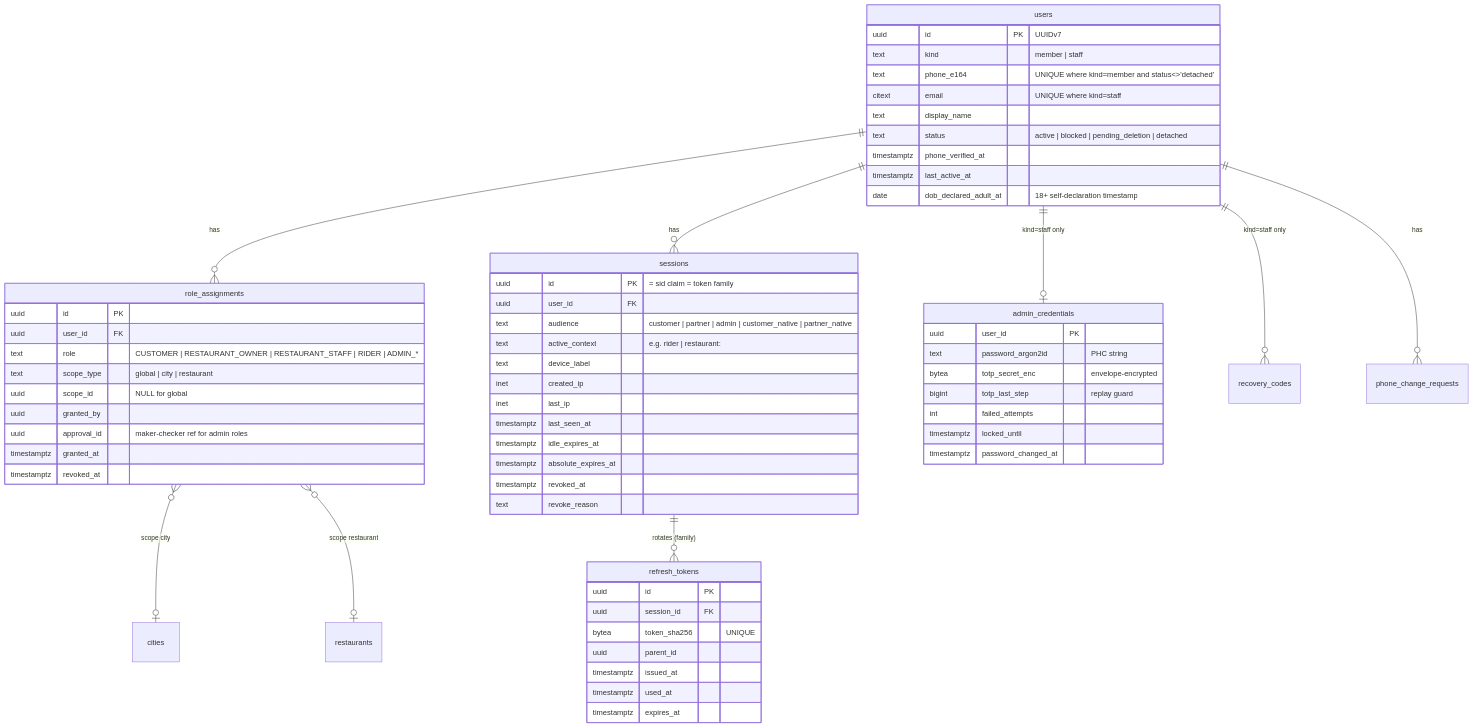
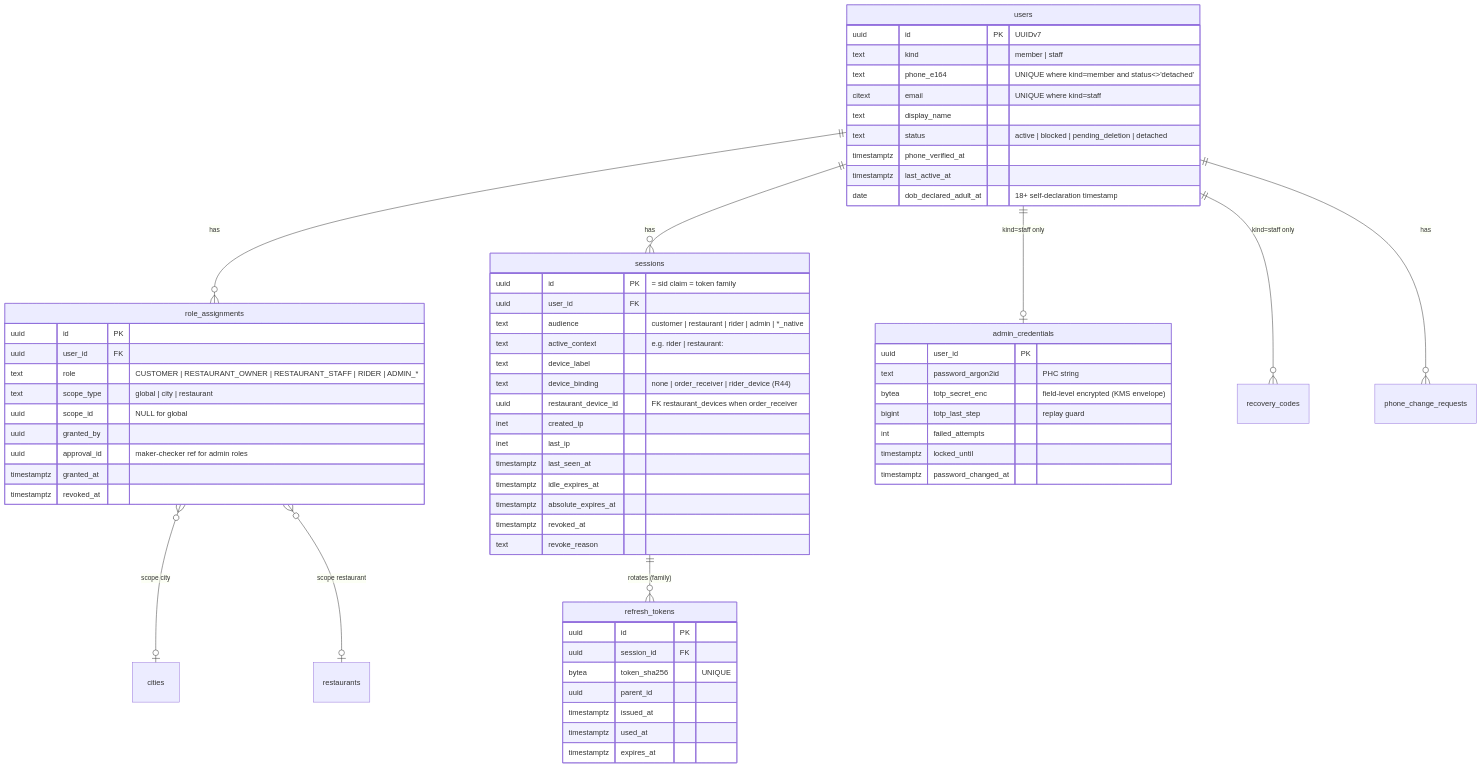
One commit to storetmobiles2-code/rovo changed the first of 3 diagrams in docs/planning/12-auth-rbac.md. Above: the diagram before and after it, drawn with Mermaid. The commit also changed other lines of this file and 4 other files, not shown here.

````diff
--- a/docs/planning/12-auth-rbac.md
+++ b/docs/planning/12-auth-rbac.md
@@ -50,65 +50,67 @@
 ```mermaid
 erDiagram
     users ||--o{ role_assignments : has
     users ||--o{ sessions : has
     sessions ||--o{ refresh_tokens : "rotates (family)"
     users ||--o| admin_credentials : "kind=staff only"
     users ||--o{ recovery_codes : "kind=staff only"
     users ||--o{ phone_change_requests : has
     role_assignments }o--o| cities : "scope city"
     role_assignments }o--o| restaurants : "scope restaurant"
     users {
         uuid id PK "UUIDv7"
         text kind "member | staff"
         text phone_e164 "UNIQUE where kind=member and status<>'detached'"
         citext email "UNIQUE where kind=staff"
         text display_name
         text status "active | blocked | pending_deletion | detached"
         timestamptz phone_verified_at
         timestamptz last_active_at
         date dob_declared_adult_at "18+ self-declaration timestamp"
     }
     role_assignments {
         uuid id PK
         uuid user_id FK
         text role "CUSTOMER | RESTAURANT_OWNER | RESTAURANT_STAFF | RIDER | ADMIN_*"
         text scope_type "global | city | restaurant"
         uuid scope_id "NULL for global"
         uuid granted_by
         uuid approval_id "maker-checker ref for admin roles"
         timestamptz granted_at
         timestamptz revoked_at
     }
     sessions {
         uuid id PK "= sid claim = token family"
         uuid user_id FK
-        text audience "customer | partner | admin | customer_native | partner_native"
+        text audience "customer | restaurant | rider | admin | *_native"
         text active_context "e.g. rider | restaurant:<uuid>"
         text device_label
+        text device_binding "none | order_receiver | rider_device (R44)"
+        uuid restaurant_device_id "FK restaurant_devices when order_receiver"
         inet created_ip
         inet last_ip
         timestamptz last_seen_at
         timestamptz idle_expires_at
         timestamptz absolute_expires_at
         timestamptz revoked_at
         text revoke_reason
     }
     refresh_tokens {
         uuid id PK
         uuid session_id FK
         bytea token_sha256 "UNIQUE"
         uuid parent_id
         timestamptz issued_at
         timestamptz used_at
         timestamptz expires_at
     }
     admin_credentials {
         uuid user_id PK
         text password_argon2id "PHC string"
-        bytea totp_secret_enc "envelope-encrypted"
+        bytea totp_secret_enc "field-level encrypted (KMS envelope)"
         bigint totp_last_step "replay guard"
         int failed_attempts
         timestamptz locked_until
         timestamptz password_changed_at
     }
 ```
````
